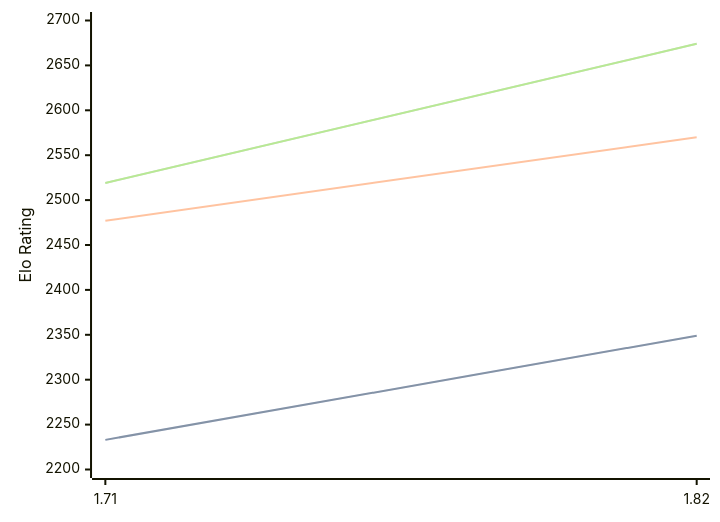
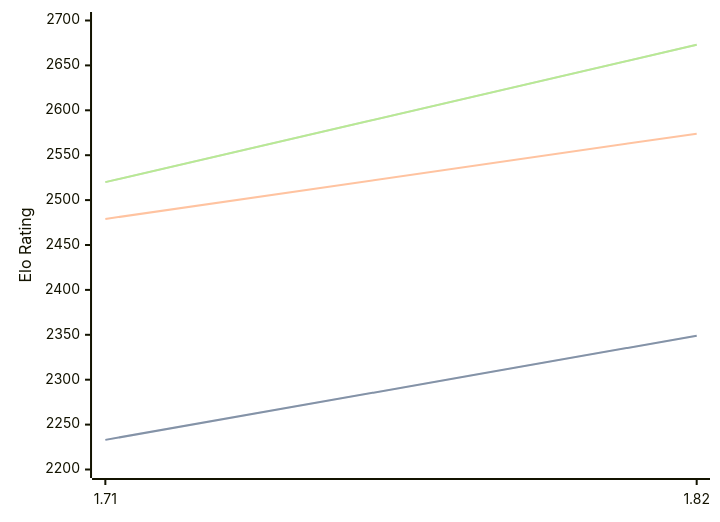
Before and after one commit to computer-chess-index/cci: the diagram in engines/Amira.md, drawn with Mermaid. The commit also changed other lines of this file, not shown here.

Commit message:
Update CCI Ratings (ELO VLTC) - 2026-05-03

````diff
--- a/engines/Amira.md
+++ b/engines/Amira.md
@@ -35,11 +35,11 @@
 ```mermaid
 %%{init: {"theme":"base","themeVariables":{"seriesColors:['#a3a3a3','#222221','#faa371']}}}%%
 xychart-beta
   x-axis ["1.71", "1.82"]
   y-axis "Elo Rating" 2200 --> 2700
   line "STC (8.0+0.08s)" [2233, 2349]
   line "STC (8.0+0.08s)" [2233, 2349]
-  line "LTC (60.0+0.60s)" [2477, 2570]
-  line "VLTC (2m24s+1.12s)" [2519, 2674]
-  line "VLTC (2m24s+1.12s)" [2519, 2674]
+  line "LTC (60.0+0.60s)" [2479, 2574]
+  line "VLTC (2m24s+1.12s)" [2520, 2673]
+  line "VLTC (2m24s+1.12s)" [2520, 2673]
 ```
````
